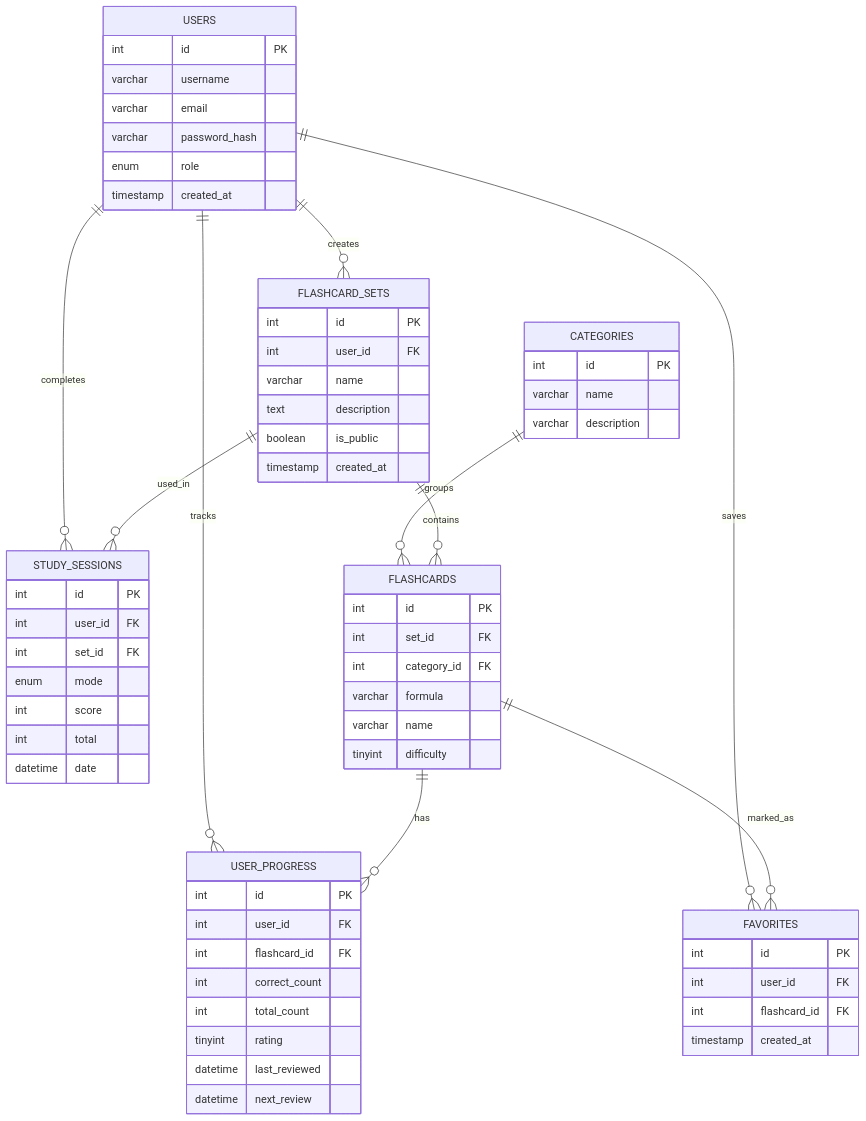
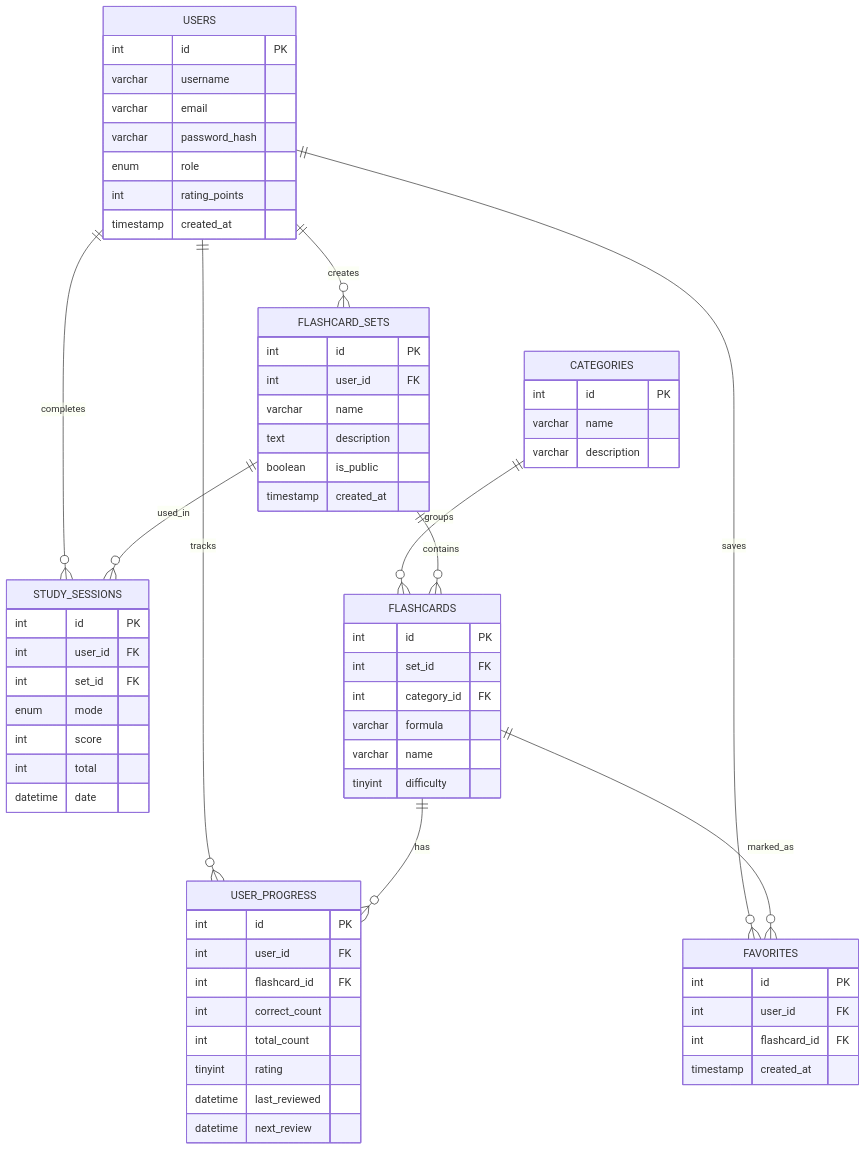
The diagram in docs/project_report.md (Welanie/Coursework_2026), drawn with Mermaid before and after one commit. The commit also changed other lines of this file and 6 other files, not shown here.

````diff
--- a/docs/project_report.md
+++ b/docs/project_report.md
@@ -52,75 +53,76 @@
 ```mermaid
 erDiagram
     USERS ||--o{ FLASHCARD_SETS : creates
     USERS ||--o{ USER_PROGRESS : tracks
     USERS ||--o{ STUDY_SESSIONS : completes
     USERS ||--o{ FAVORITES : saves
 
     CATEGORIES ||--o{ FLASHCARDS : groups
     FLASHCARD_SETS ||--o{ FLASHCARDS : contains
     FLASHCARD_SETS ||--o{ STUDY_SESSIONS : used_in
 
     FLASHCARDS ||--o{ USER_PROGRESS : has
     FLASHCARDS ||--o{ FAVORITES : marked_as
 
     USERS {
         int id PK
         varchar username
         varchar email
         varchar password_hash
         enum role
+        int rating_points
         timestamp created_at
     }
 
     CATEGORIES {
         int id PK
         varchar name
         varchar description
     }
 
     FLASHCARD_SETS {
         int id PK
         int user_id FK
         varchar name
         text description
         boolean is_public
         timestamp created_at
     }
 
     FLASHCARDS {
         int id PK
         int set_id FK
         int category_id FK
         varchar formula
         varchar name
         tinyint difficulty
     }
 
     USER_PROGRESS {
         int id PK
         int user_id FK
         int flashcard_id FK
         int correct_count
         int total_count
         tinyint rating
         datetime last_reviewed
         datetime next_review
     }
 
     STUDY_SESSIONS {
         int id PK
         int user_id FK
         int set_id FK
         enum mode
         int score
         int total
         datetime date
     }
 
     FAVORITES {
         int id PK
         int user_id FK
         int flashcard_id FK
         timestamp created_at
     }
 ```
````
